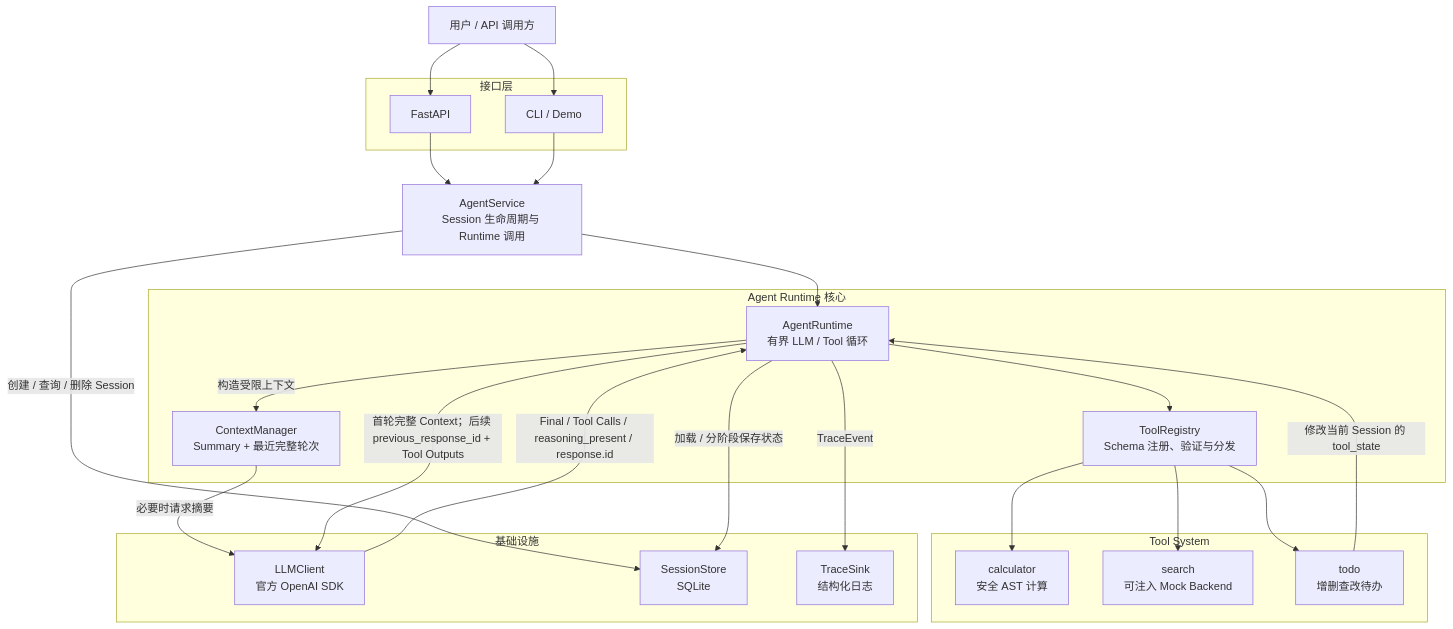
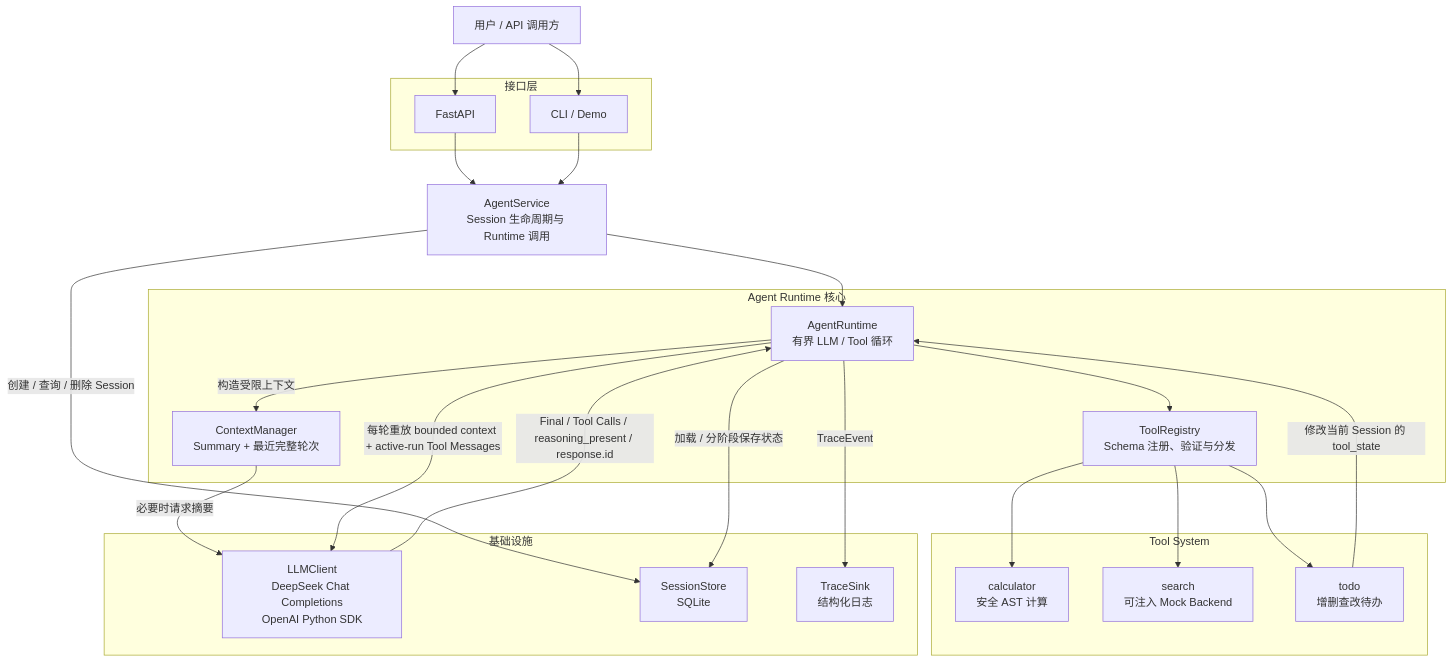
The first of 2 diagrams in docs/diagrams.md (zhou-yusen/Minimal-Agent), drawn with Mermaid before and after one commit. The commit also changed other lines of this file and 25 other files, not shown here.

First line of the commit message:
refactor(llm): switch v1 provider to DeepSeek

````diff
--- a/docs/diagrams.md
+++ b/docs/diagrams.md
@@ -7,51 +7,51 @@
 ```mermaid
 flowchart TB
     User["用户 / API 调用方"]
 
     subgraph Adapters["接口层"]
         API["FastAPI"]
         CLI["CLI / Demo"]
     end
 
     Service["AgentService<br/>Session 生命周期与 Runtime 调用"]
 
     subgraph Core["Agent Runtime 核心"]
         Runtime["AgentRuntime<br/>有界 LLM / Tool 循环"]
         Context["ContextManager<br/>Summary + 最近完整轮次"]
         Registry["ToolRegistry<br/>Schema 注册、验证与分发"]
     end
 
     subgraph Tools["Tool System"]
         Calculator["calculator<br/>安全 AST 计算"]
         Search["search<br/>可注入 Mock Backend"]
         Todo["todo<br/>增删查改待办"]
     end
 
     subgraph Infrastructure["基础设施"]
-        LLM["LLMClient<br/>官方 OpenAI SDK"]
+        LLM["LLMClient<br/>DeepSeek Chat Completions<br/>OpenAI Python SDK"]
         Store["SessionStore<br/>SQLite"]
         Trace["TraceSink<br/>结构化日志"]
     end
 
     User --> API
     User --> CLI
     API --> Service
     CLI --> Service
 
     Service --> Runtime
     Service -->|"创建 / 查询 / 删除 Session"| Store
 
     Runtime -->|"加载 / 分阶段保存状态"| Store
     Runtime -->|"构造受限上下文"| Context
     Context -->|"必要时请求摘要"| LLM
-    Runtime -->|"首轮完整 Context；后续 previous_response_id + Tool Outputs"| LLM
+    Runtime -->|"每轮重放 bounded context + active-run Tool Messages"| LLM
     LLM -->|"Final / Tool Calls / reasoning_present / response.id"| Runtime
 
     Runtime --> Registry
     Registry --> Calculator
     Registry --> Search
     Registry --> Todo
 
     Todo -->|"修改当前 Session 的 tool_state"| Runtime
     Runtime -->|"TraceEvent"| Trace
 ```
````
